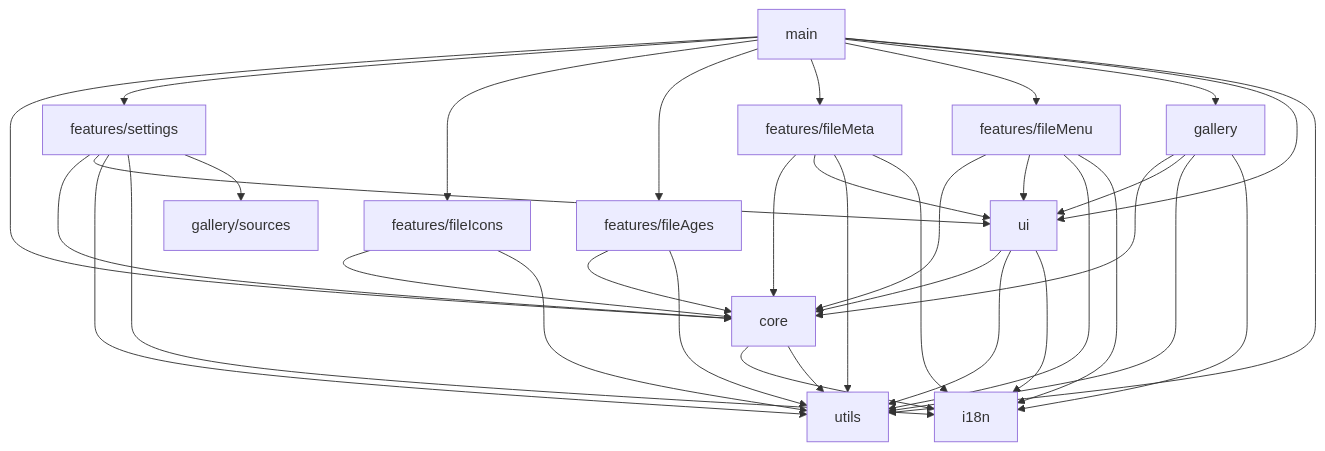
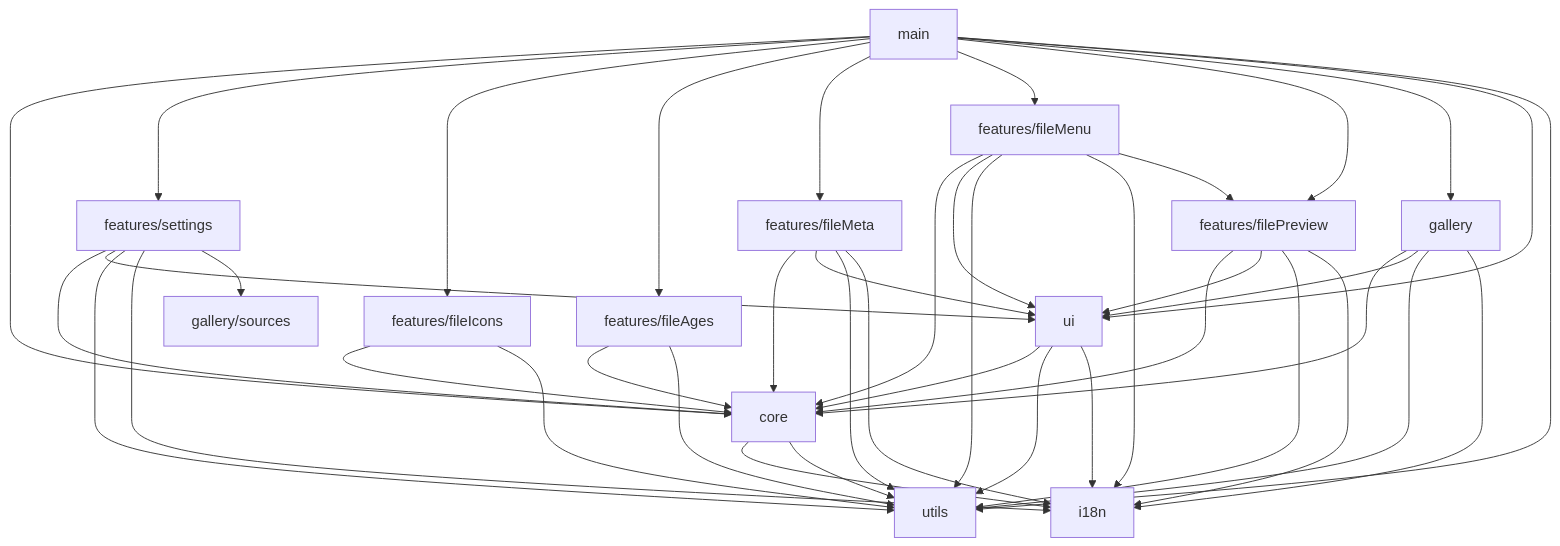
One commit to NemoKing1210/github-plus changed the first of 3 diagrams in docs/ARCHITECTURE.md. Above: the diagram before and after it, drawn with Mermaid. The commit also changed other lines of this file and 18 other files, not shown here.

````diff
--- a/docs/ARCHITECTURE.md
+++ b/docs/ARCHITECTURE.md
@@ -70,38 +81,44 @@
 ```mermaid
 graph TD
   main --> core
   main --> settingsFeature[features/settings]
   main --> fileIcons[features/fileIcons]
   main --> fileAges[features/fileAges]
   main --> fileMeta[features/fileMeta]
   main --> fileMenu[features/fileMenu]
+  main --> filePreview[features/filePreview]
   main --> gallery
   main --> ui
   main --> utils
   gallery --> core
   gallery --> ui
   gallery --> utils
   gallery --> i18n
   settingsFeature --> core
   settingsFeature --> ui
   settingsFeature --> utils
   settingsFeature --> i18n
   settingsFeature --> galleryRegistry[gallery/sources]
   fileIcons --> core
   fileIcons --> utils
   fileAges --> core
   fileAges --> utils
   fileMeta --> core
   fileMeta --> ui
   fileMeta --> utils
   fileMeta --> i18n
   fileMenu --> core
   fileMenu --> ui
   fileMenu --> utils
   fileMenu --> i18n
+  fileMenu --> filePreview
+  filePreview --> core
+  filePreview --> ui
+  filePreview --> utils
+  filePreview --> i18n
   ui --> core
   ui --> utils
   ui --> i18n
   core --> i18n
   core --> utils
 ```
````
